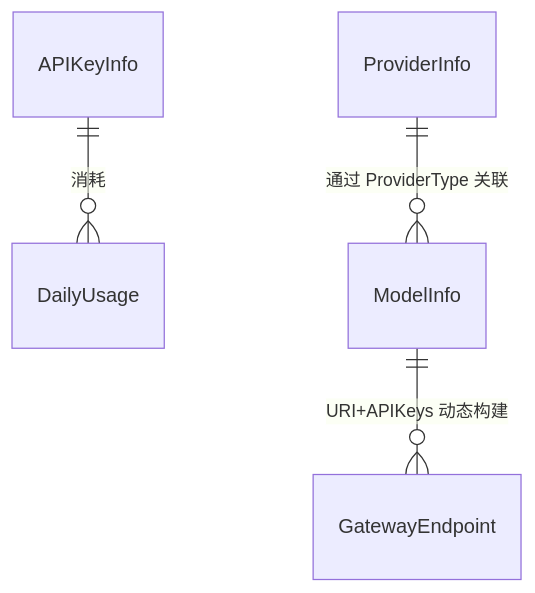
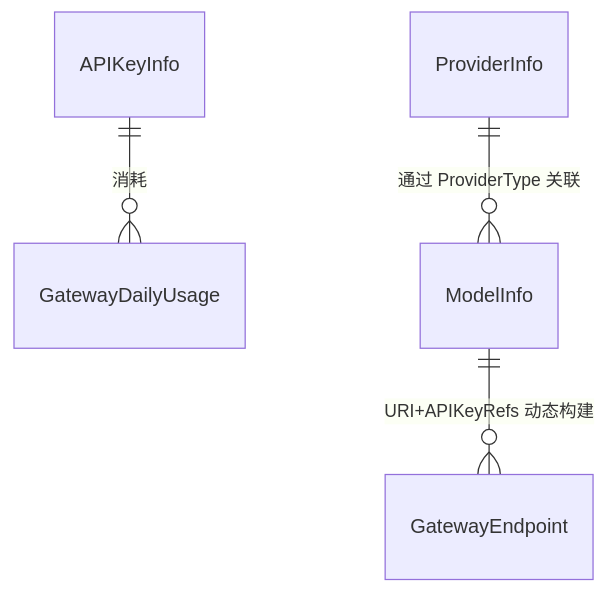
One commit to computeflux/tee-node changed the fourth of 4 diagrams in docs/ai-gateway-design.md. Above: the diagram before and after it, drawn with Mermaid. The commit also changed other lines of this file and 12 other files, not shown here.

````diff
--- a/docs/ai-gateway-design.md
+++ b/docs/ai-gateway-design.md
@@ -340,6 +344,6 @@
 ```mermaid
 erDiagram
-    APIKeyInfo ||--o{ DailyUsage : "消耗"
-    ModelInfo ||--o{ GatewayEndpoint : "URI+APIKeys 动态构建"
+    APIKeyInfo ||--o{ GatewayDailyUsage : "消耗"
+    ModelInfo ||--o{ GatewayEndpoint : "URI+APIKeyRefs 动态构建"
     ProviderInfo ||--o{ ModelInfo : "通过 ProviderType 关联"
 ```
````
